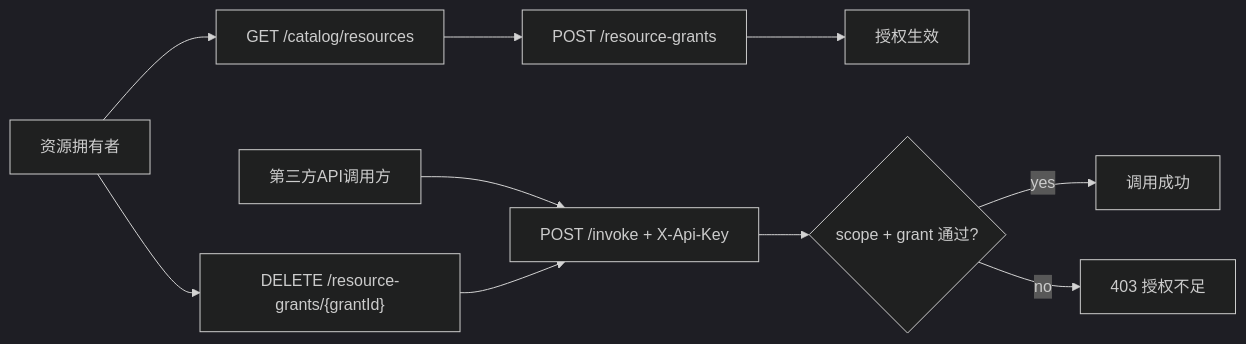
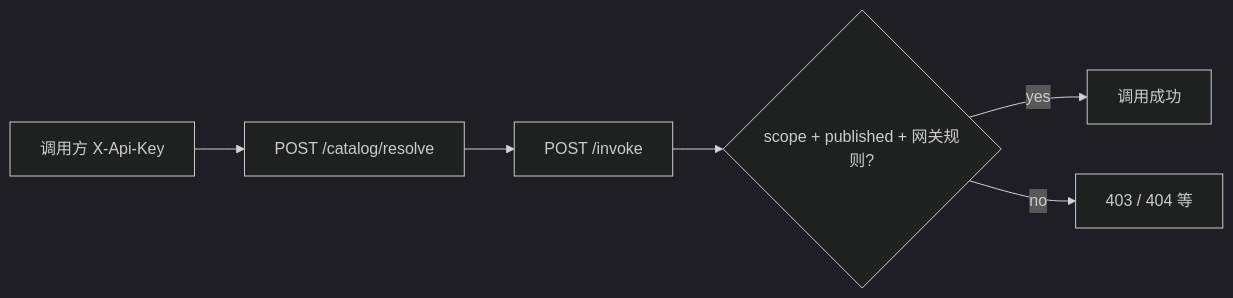
Before and after one commit to WangDiGua/LantuConnect-Backend: the fourth of 4 diagrams in docs/frontend-backend-alignment-spec.md, drawn with Mermaid (dark theme). The commit also changed other lines of this file and 20 other files, not shown here.

````diff
--- a/docs/frontend-backend-alignment-spec.md
+++ b/docs/frontend-backend-alignment-spec.md
@@ -753,12 +740,8 @@
 ```mermaid
 flowchart LR
-owner[资源拥有者] --> listRes["GET /catalog/resources"]
-listRes --> createGrant["POST /resource-grants"]
-createGrant --> grantOk[授权生效]
-thirdParty[第三方API调用方] --> invoke["POST /invoke + X-Api-Key"]
-invoke --> grantCheck{"scope + grant 通过?"}
-grantCheck -->|yes| callSuccess[调用成功]
-grantCheck -->|no| callDenied[403 授权不足]
-owner --> revokeGrant["DELETE /resource-grants/{grantId}"]
-revokeGrant --> invoke
+thirdParty[调用方 X-Api-Key] --> resolve["POST /catalog/resolve"]
+resolve --> invoke["POST /invoke"]
+invoke --> gate{"scope + published + 网关规则?"}
+gate -->|yes| callSuccess[调用成功]
+gate -->|no| callDenied[403 / 404 等]
 ```
````
